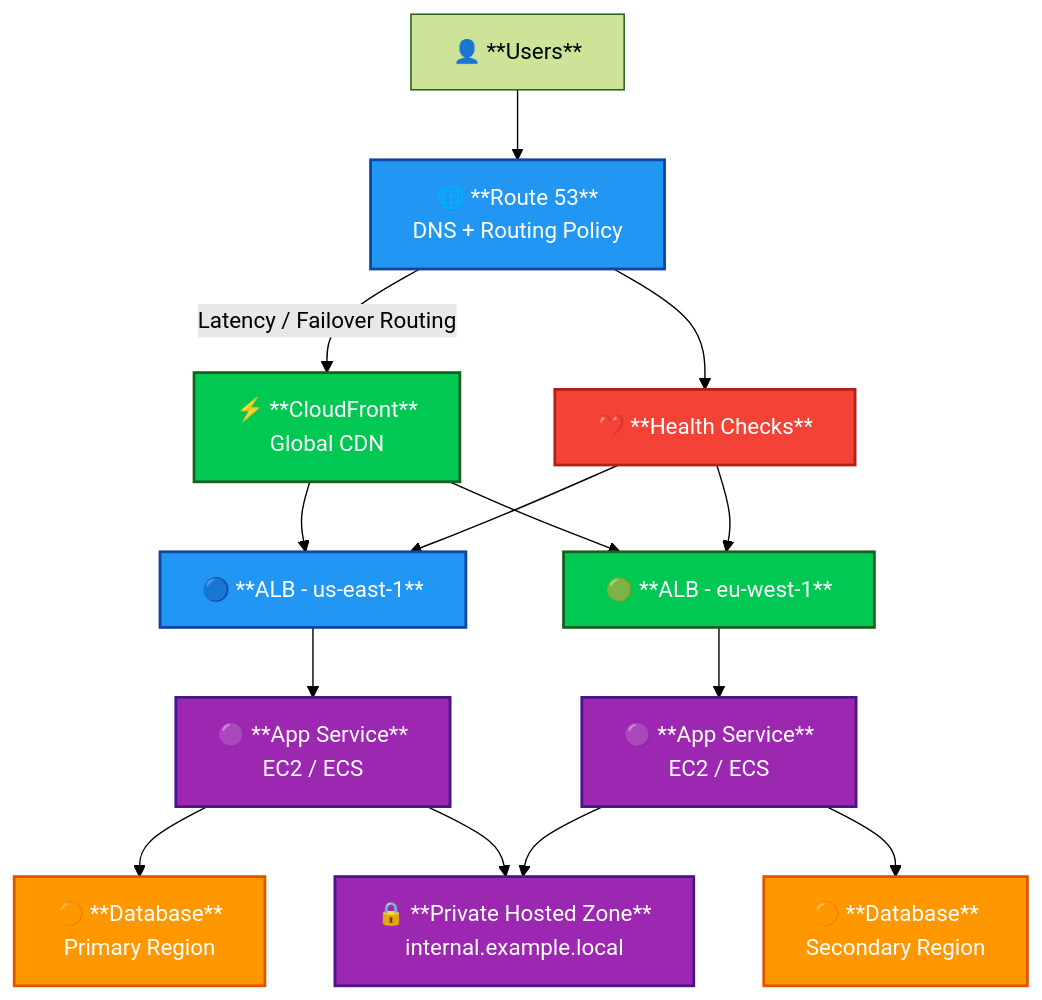
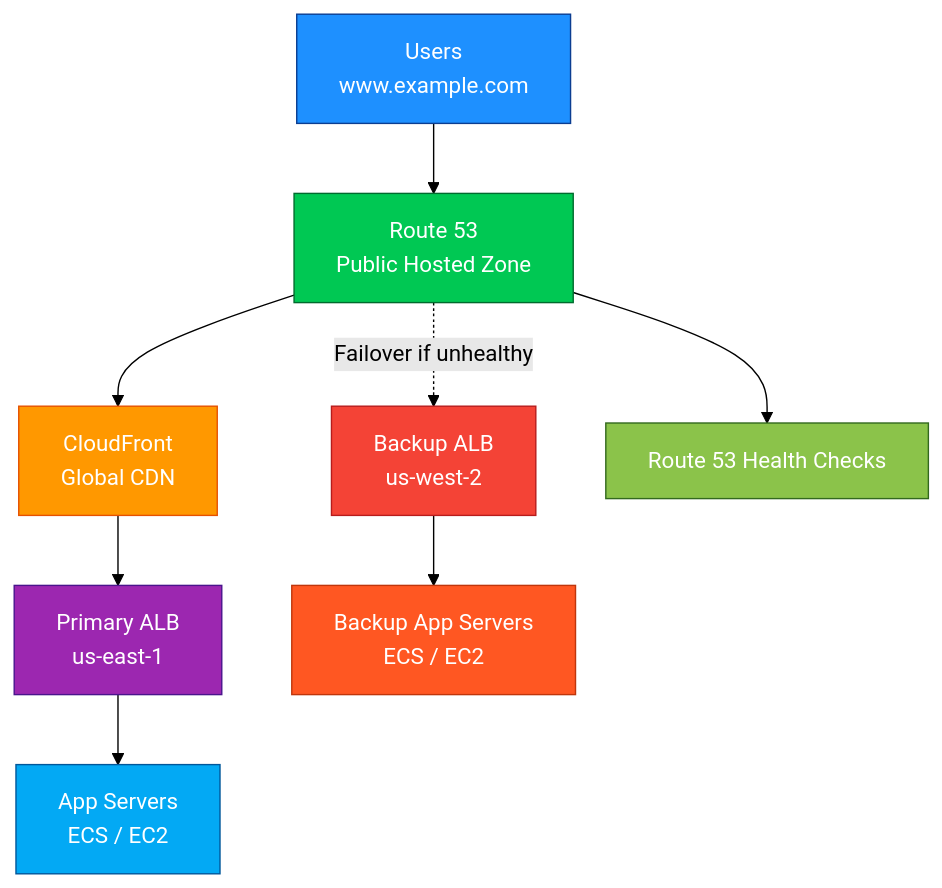
The diagram in notes/Route 53.md (hsabit01/aws-study-guide), drawn with Mermaid (forest theme) before and after one commit. The commit also changed other lines of this file and 10 other files, not shown here.

````diff
--- a/notes/Route 53.md
+++ b/notes/Route 53.md
@@ -719,34 +947,22 @@
 ```mermaid
 flowchart TD
-    U["👤 **Users**"] --> R53["🌐 **Route 53**<br/>DNS + Routing Policy"]
+    User["Users<br/>www.example.com"] --> R53["Route 53<br/>Public Hosted Zone"]
 
-    R53 -->|Latency / Failover Routing| CF["⚡ **CloudFront**<br/>Global CDN"]
+    R53 --> CF["CloudFront<br/>Global CDN"]
+    CF --> ALB1["Primary ALB<br/>us-east-1"]
+    ALB1 --> App1["App Servers<br/>ECS / EC2"]
 
-    CF --> ALB1["🔵 **ALB - us-east-1**"]
-    CF --> ALB2["🟢 **ALB - eu-west-1**"]
+    R53 -. Failover if unhealthy .-> ALB2["Backup ALB<br/>us-west-2"]
+    ALB2 --> App2["Backup App Servers<br/>ECS / EC2"]
 
-    ALB1 --> APP1["🟣 **App Service**<br/>EC2 / ECS"]
-    ALB2 --> APP2["🟣 **App Service**<br/>EC2 / ECS"]
+    R53 --> HC["Route 53 Health Checks"]
 
-    APP1 --> DB1["🟠 **Database**<br/>Primary Region"]
-    APP2 --> DB2["🟠 **Database**<br/>Secondary Region"]
-
-    R53 --> HC["❤️ **Health Checks**"]
-    HC --> ALB1
-    HC --> ALB2
-
-    APP1 --> PHZ["🔒 **Private Hosted Zone**<br/>internal.example.local"]
-    APP2 --> PHZ
-
-    classDef blue fill:#2196F3,stroke:#0D47A1,color:#ffffff,stroke-width:2px;
-    classDef green fill:#00C853,stroke:#1B5E20,color:#ffffff,stroke-width:2px;
-    classDef orange fill:#FF9800,stroke:#E65100,color:#ffffff,stroke-width:2px;
-    classDef purple fill:#9C27B0,stroke:#4A148C,color:#ffffff,stroke-width:2px;
-    classDef red fill:#F44336,stroke:#B71C1C,color:#ffffff,stroke-width:2px;
-
-    class R53,ALB1 blue;
-    class ALB2,CF green;
-    class DB1,DB2 orange;
-    class APP1,APP2,PHZ purple;
-    class HC red;
+    style User fill:#1E90FF,stroke:#0B3D91,color:#FFFFFF
+    style R53 fill:#00C853,stroke:#006B2E,color:#FFFFFF
+    style CF fill:#FF9800,stroke:#E65100,color:#FFFFFF
+    style ALB1 fill:#9C27B0,stroke:#4A148C,color:#FFFFFF
+    style App1 fill:#03A9F4,stroke:#01579B,color:#FFFFFF
+    style ALB2 fill:#F44336,stroke:#B71C1C,color:#FFFFFF
+    style App2 fill:#FF5722,stroke:#BF360C,color:#FFFFFF
+    style HC fill:#8BC34A,stroke:#33691E,color:#FFFFFF
 ```
````
